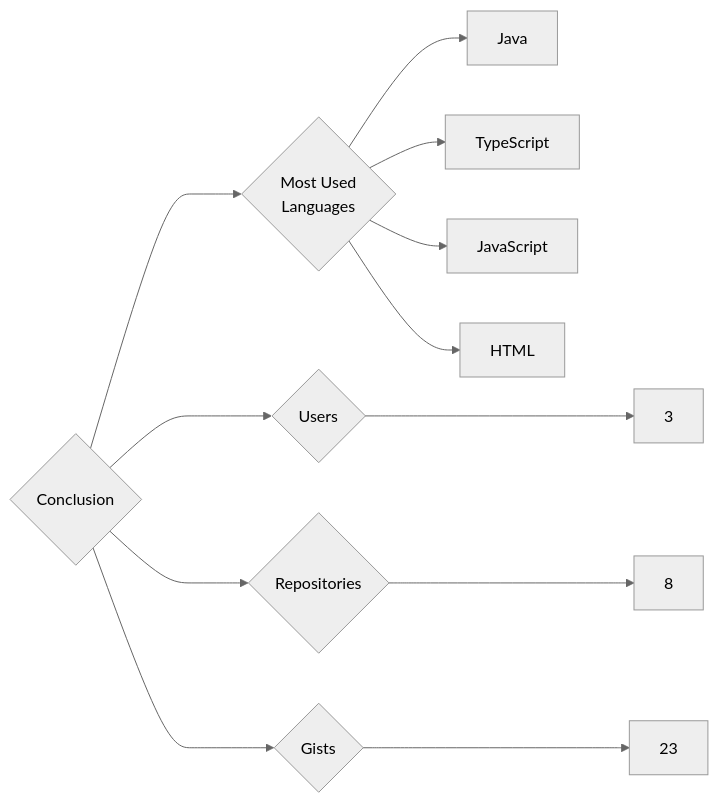
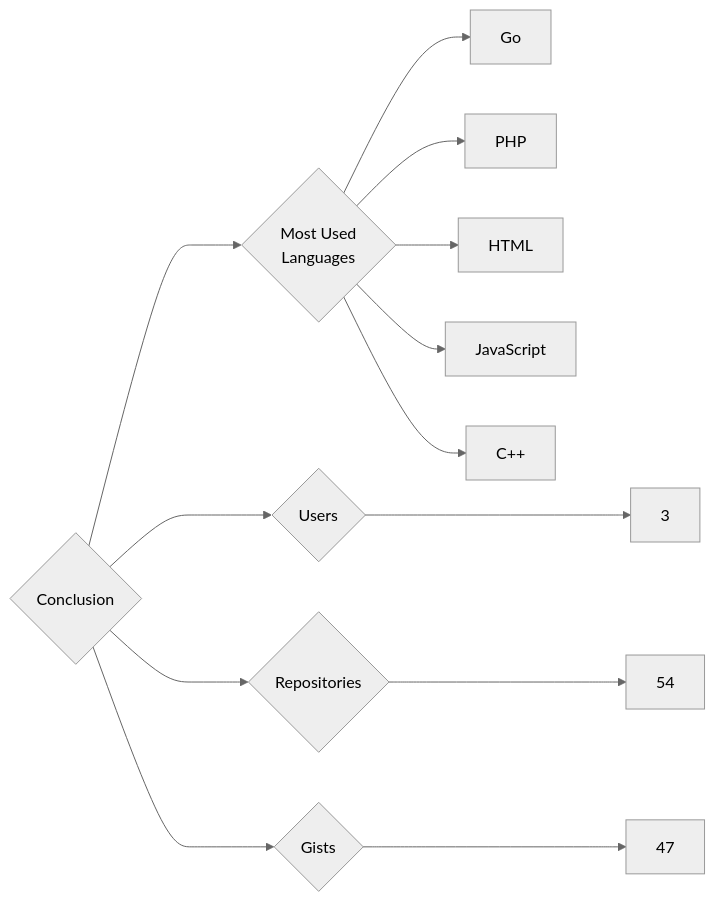
Before and after one commit to trickest/insiders: the diagram in targets/Conclusion/README.md, drawn with Mermaid (neutral theme). The commit also changed 1166 other files, not shown here.

````diff
--- a/targets/Conclusion/README.md
+++ b/targets/Conclusion/README.md
@@ -3,12 +3,13 @@
 ```mermaid
 graph LR
 COMPANY_NAME{Conclusion}
 COMPANY_NAME ---> U{Users} ---> UN[3]
-COMPANY_NAME ---> R{Repositories} ---> RN[8]
-COMPANY_NAME ---> G{Gists} ---> GN[23]
+COMPANY_NAME ---> R{Repositories} ---> RN[54]
+COMPANY_NAME ---> G{Gists} ---> GN[47]
 COMPANY_NAME ---> ML{Most Used<br>Languages}
-ML --> Java[Java]
-ML --> TypeScript[TypeScript]
+ML --> Go[Go]
+ML --> PHP[PHP]
+ML --> HTML[HTML]
 ML --> JavaScript[JavaScript]
-ML --> HTML[HTML]
+ML --> C++[C++]
 ```
````
